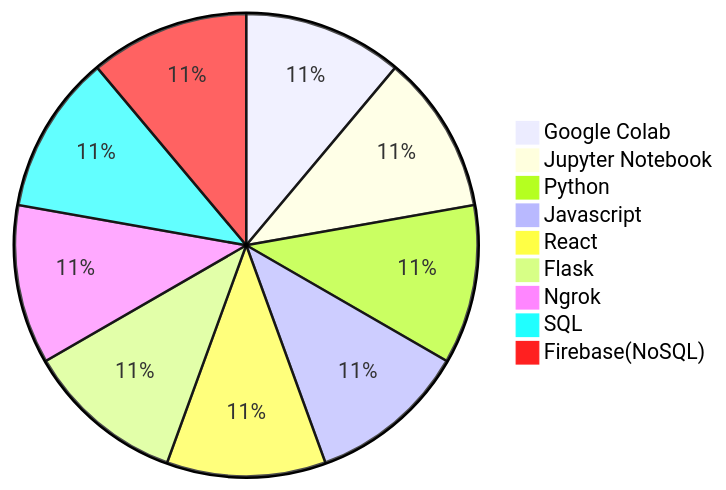
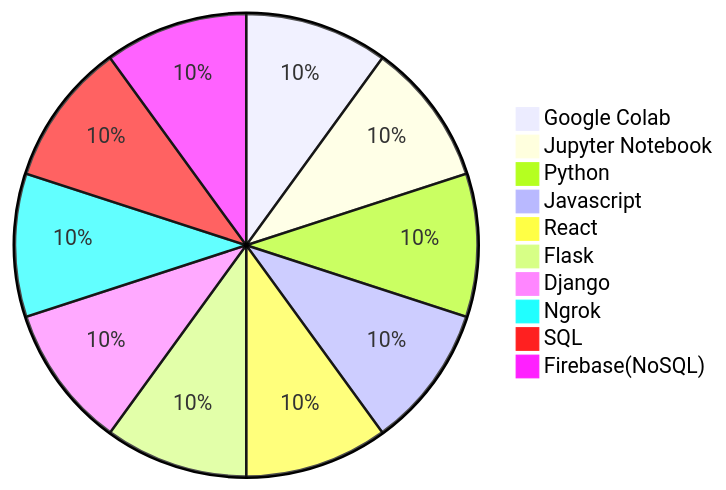
One commit to SauloCandeira/SauloCandeira changed the second of 2 diagrams in README.md. Above: the diagram before and after it, drawn with Mermaid.

````diff
--- a/README.md
+++ b/README.md
@@ -102,12 +102,13 @@
 ```mermaid
 pie
-"Google Colab" : 11
-"Jupyter Notebook" : 11
-"Python" : 11
-"Javascript" : 11
-"React" : 11
-"Flask" : 11
-"Ngrok" : 11
-"SQL" : 11
-"Firebase(NoSQL)" : 11
+"Google Colab" : 10
+"Jupyter Notebook" : 10
+"Python" : 10
+"Javascript" : 10
+"React" : 10
+"Flask" : 10
+"Django" : 10
+"Ngrok" : 10
+"SQL" : 10
+"Firebase(NoSQL)" : 10
 ```
````
